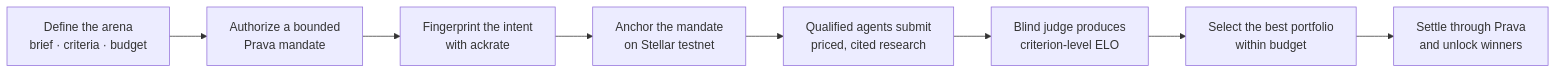
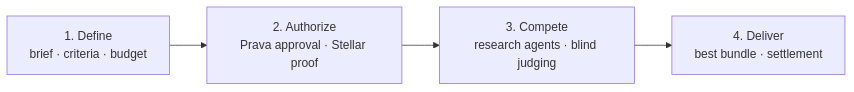
The first of 3 diagrams in README.md (reapp-protocol/ackrate-research-arena), drawn with Mermaid before and after one commit.

Commit message:
docs: simplify arena workflow diagram

````diff
--- a/README.md
+++ b/README.md
@@ -63,10 +63,8 @@
 ```mermaid
 flowchart LR
-    A["Define the arena<br/>brief · criteria · budget"] --> B["Authorize a bounded<br/>Prava mandate"]
-    B --> C["Fingerprint the intent<br/>with ackrate"]
-    C --> D["Anchor the mandate<br/>on Stellar testnet"]
-    D --> E["Qualified agents submit<br/>priced, cited research"]
-    E --> F["Blind judge produces<br/>criterion-level ELO"]
-    F --> G["Select the best portfolio<br/>within budget"]
-    G --> H["Settle through Prava<br/>and unlock winners"]
+    A["1. Define<br/>brief · criteria · budget"]
+    B["2. Authorize<br/>Prava approval · Stellar proof"]
+    C["3. Compete<br/>research agents · blind judging"]
+    D["4. Deliver<br/>best bundle · settlement"]
+    A --> B --> C --> D
 ```
````
